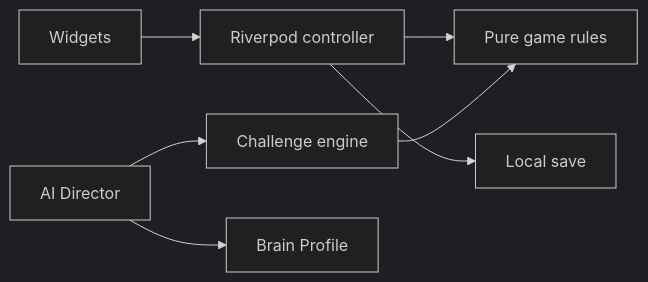
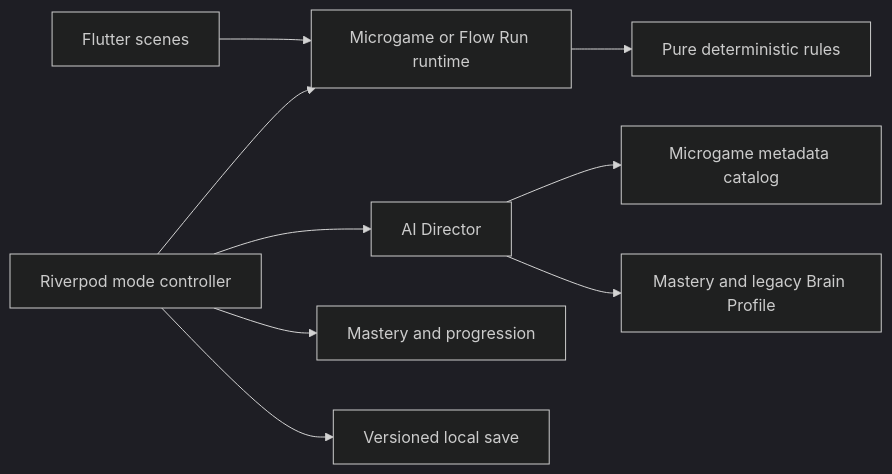
Before and after one commit to andreipop-tarau/GameApp: the diagram in planning/architecture/overview.md, drawn with Mermaid (dark theme). The commit also changed other lines of this file and 26 other files, not shown here.

````diff
--- a/planning/architecture/overview.md
+++ b/planning/architecture/overview.md
@@ -7,9 +7,11 @@
 ```mermaid
 flowchart LR
-  UI[Widgets] --> CTRL[Riverpod controller]
-  CTRL --> RULES[Pure game rules]
-  CTRL --> SAVE[Local save]
-  DIRECTOR[AI Director] --> ENGINE[Challenge engine]
-  DIRECTOR --> PROFILE[Brain Profile]
-  ENGINE --> RULES
+  UI[Flutter scenes] --> RUNTIME[Microgame or Flow Run runtime]
+  RUNTIME --> RULES[Pure deterministic rules]
+  SESSION[Riverpod mode controller] --> RUNTIME
+  SESSION --> DIRECTOR[AI Director]
+  SESSION --> PROGRESS[Mastery and progression]
+  SESSION --> SAVE[Versioned local save]
+  DIRECTOR --> CATALOG[Microgame metadata catalog]
+  DIRECTOR --> PROFILE[Mastery and legacy Brain Profile]
 ```
````
